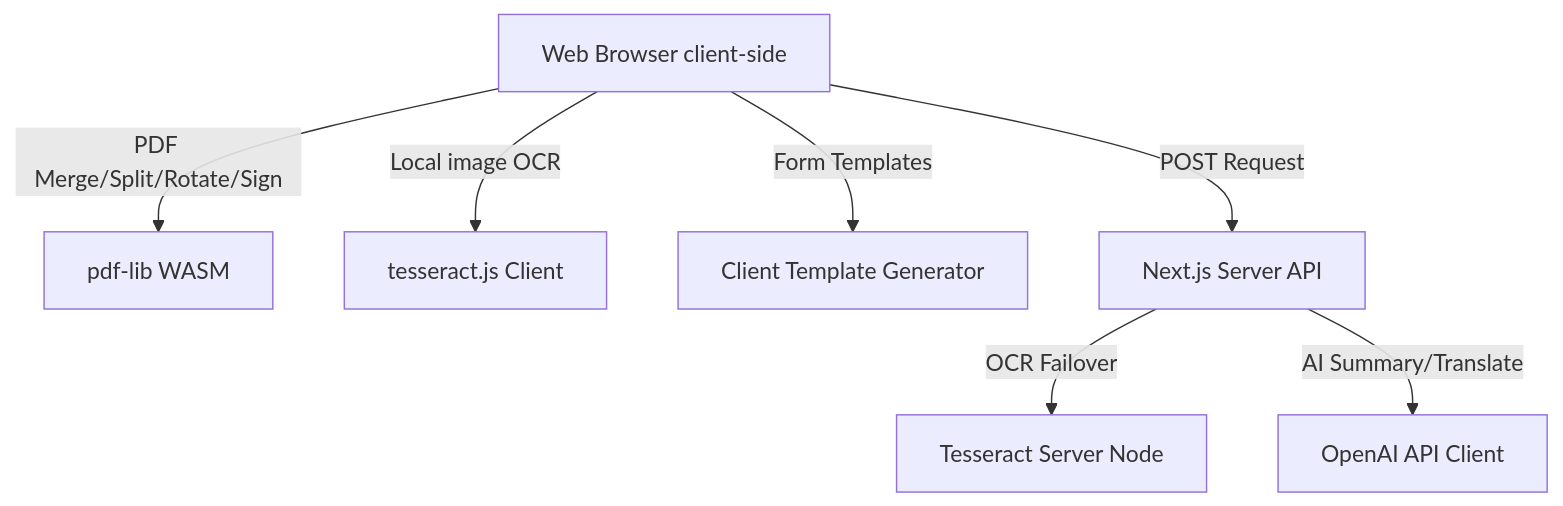
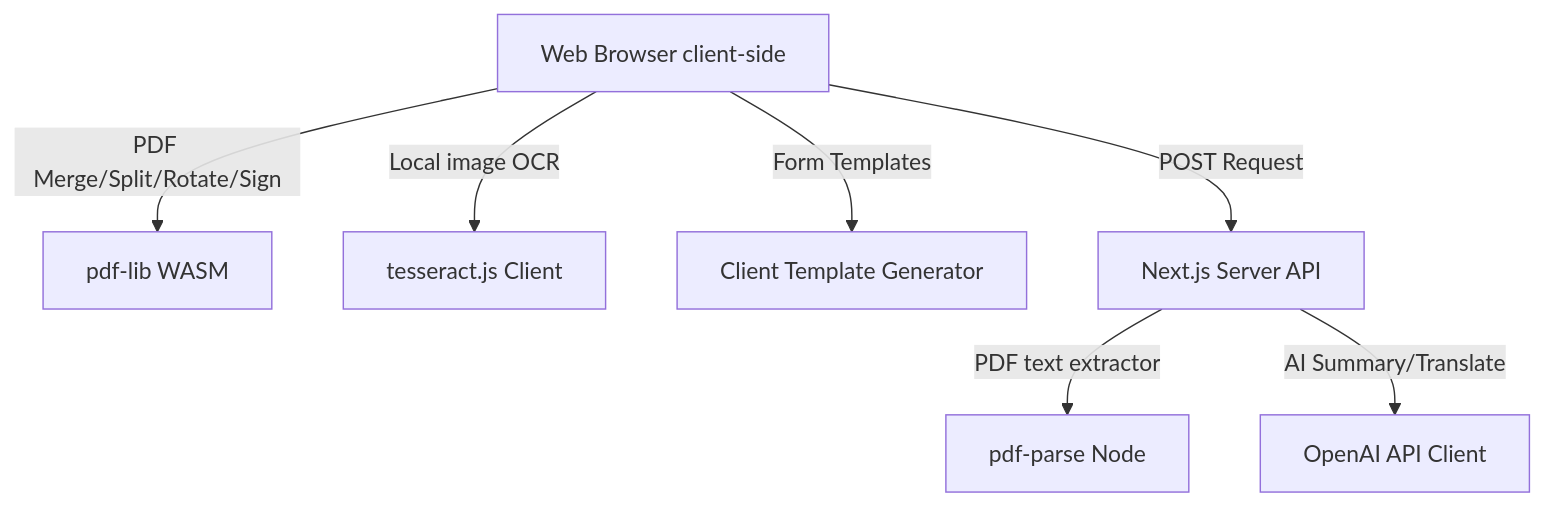
The diagram in docs/architecture-and-features.md (Polkaverse/BharatPDF-AI), drawn with Mermaid before and after one commit. The commit also changed other lines of this file and 2 other files, not shown here.

Commit message:
docs: update architecture reference guide, README, and Vercel deployment docs for production release

````diff
--- a/docs/architecture-and-features.md
+++ b/docs/architecture-and-features.md
@@ -11,9 +11,9 @@
 ```mermaid
 graph TD
     Client[Web Browser client-side] -->|PDF Merge/Split/Rotate/Sign| PDFLib[pdf-lib WASM]
     Client -->|Local image OCR| TesseractClient[tesseract.js Client]
     Client -->|Form Templates| DocGenerator[Client Template Generator]
     Client -->|POST Request| NodeServer[Next.js Server API]
-    NodeServer -->|OCR Failover| TesseractServer[Tesseract Server Node]
+    NodeServer -->|PDF text extractor| PDFParse[pdf-parse Node]
     NodeServer -->|AI Summary/Translate| OpenAICall[OpenAI API Client]
 ```
````
